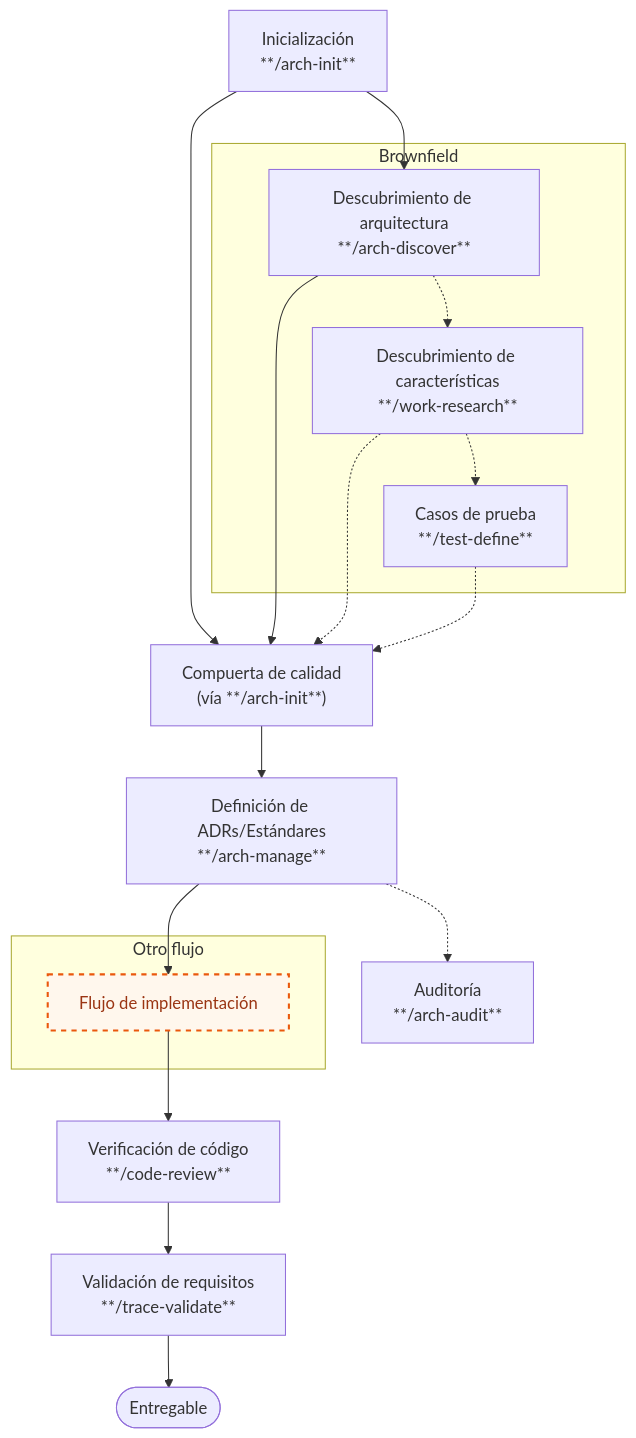
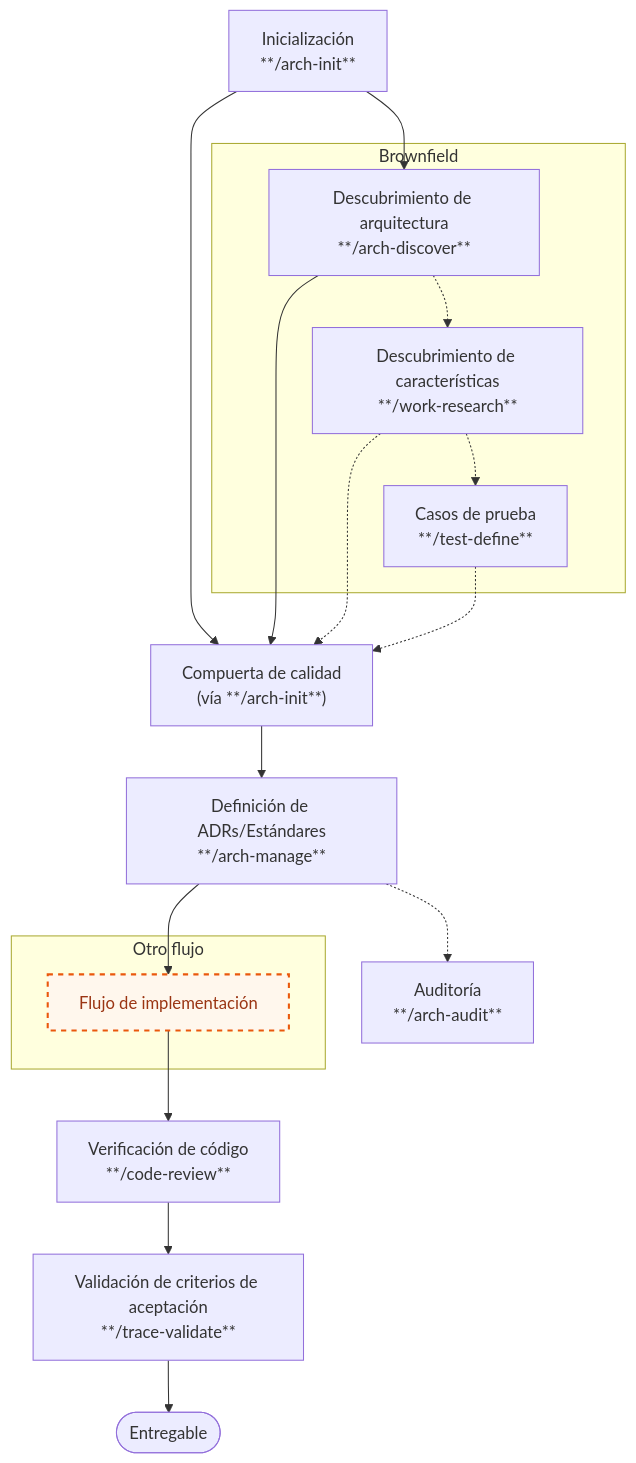
The first of 2 diagrams in README.md (juanca202/ai), drawn with Mermaid before and after one commit. The commit also changed other lines of this file and 21 other files, not shown here.

````diff
--- a/README.md
+++ b/README.md
@@ -37,26 +37,26 @@
 ```mermaid
 flowchart TD
     INIT["Inicialización<br/>**/arch-init**"]
     subgraph BF["Brownfield"]
         BA["Descubrimiento de arquitectura<br/>**/arch-discover**"]
         BA -.-> WR["Descubrimiento de características<br/>**/work-research**"]
         WR -.-> TD["Casos de prueba<br/>**/test-define**"]
     end
     INIT --> BA
     INIT --> T["Compuerta de calidad<br/>(vía **/arch-init**)"]
     BA --> T
     WR -.-> T
     TD -.-> T
     T --> S["Definición de ADRs/Estándares<br/>**/arch-manage**"]
     S -.-> AUD["Auditoría<br/>**/arch-audit**"]
     subgraph NESTED["Otro flujo"]
         IMPL["Flujo de implementación"]
     end
     S --> IMPL
     IMPL --> V1["Verificación de código<br/>**/code-review**"]
-    V1 --> V2["Validación de requisitos<br/>**/trace-validate**"]
+    V1 --> V2["Validación de criterios de aceptación<br/>**/trace-validate**"]
     V2 --> DONE(["Entregable"])
 
     classDef nestedFlow fill:#fff7ed,stroke:#ea580c,stroke-width:2px,stroke-dasharray:5 5,color:#9a3412
     class IMPL nestedFlow
 ```
````
